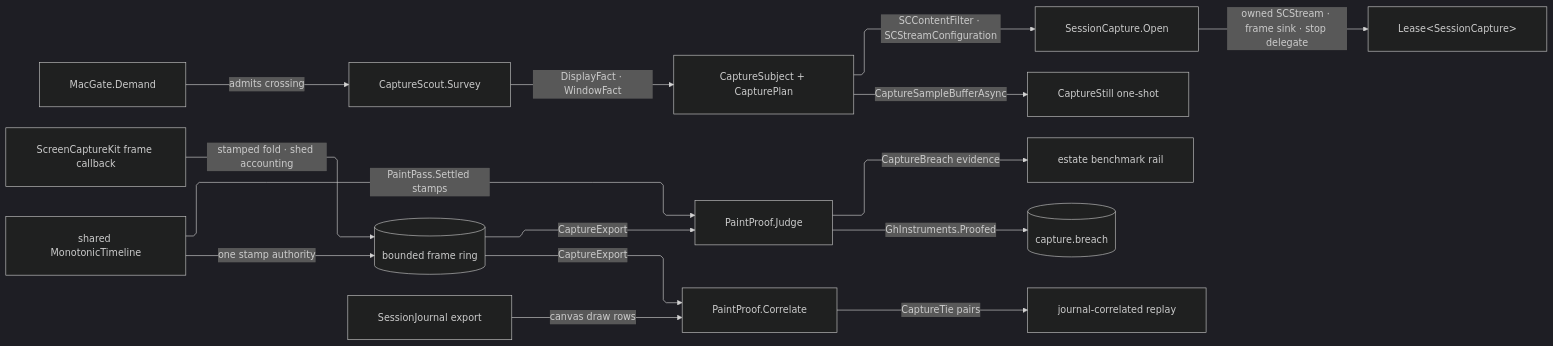
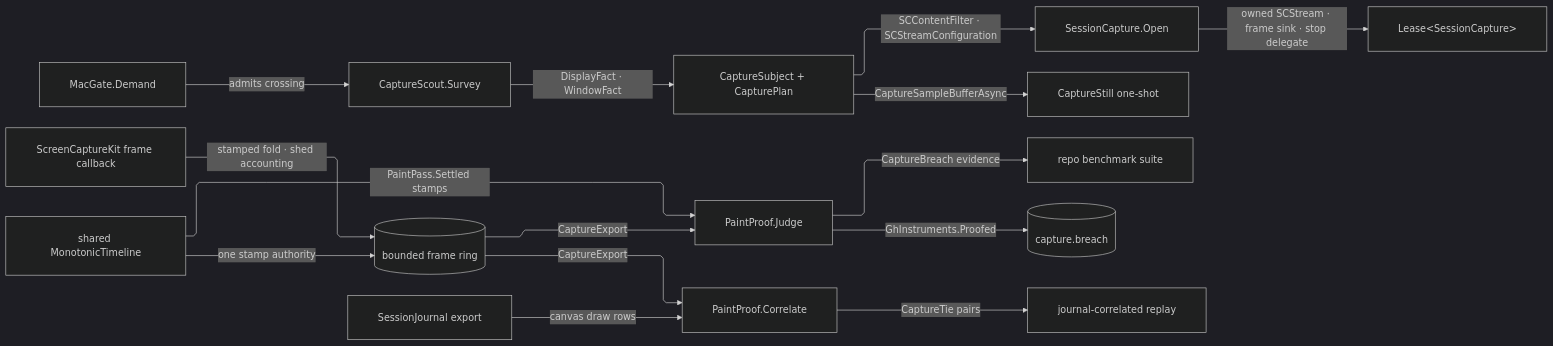
One commit to bsamiee/Rasm changed the diagram in libs/dotnet/Rasm.Grasshopper/.planning/Platform/capture.md. Above: the diagram before and after it, drawn with Mermaid (dark theme). The commit also changed other lines of this file and 1997 other files, not shown here.

````diff
--- a/libs/dotnet/Rasm.Grasshopper/.planning/Platform/capture.md
+++ b/libs/dotnet/Rasm.Grasshopper/.planning/Platform/capture.md
@@ -612,26 +610,26 @@
 ```mermaid
 ---
 config:
   layout: elk
   flowchart:
     curve: linear
     padding: 25
 ---
 flowchart LR
     accTitle: Lease native canvas capture and prove paint claims
     accDescr: The macOS gate admits a surveyed display or window target; a leased ScreenCaptureKit stream folds delivered frames into a stamped bounded ring, the one-shot screenshot rides the same filter and raster kernel, and the export feeds the paint-regression judgment and the journal correlation over one shared monotonic timeline.
     Gate["MacGate.Demand"] -->|"admits crossing"| Scout["CaptureScout.Survey"]
     Scout -->|"DisplayFact · WindowFact"| Target["CaptureSubject + CapturePlan"]
     Target -->|"SCContentFilter · SCStreamConfiguration"| Session["SessionCapture.Open"]
     Session -->|"owned SCStream · frame sink · stop delegate"| Lease["Lease&lt;SessionCapture&gt;"]
     Stream["ScreenCaptureKit frame callback"] -->|"stamped fold · shed accounting"| Ring[("bounded frame ring")]
     Target -->|"CaptureSampleBufferAsync"| Still["CaptureStill one-shot"]
     Timeline["shared MonotonicTimeline"] -->|"one stamp authority"| Ring
     Timeline -->|"PaintPass.Settled stamps"| Proof["PaintProof.Judge"]
     Ring -->|"CaptureExport"| Proof
     Ring -->|"CaptureExport"| Tie["PaintProof.Correlate"]
     Journal["SessionJournal export"] -->|"canvas draw rows"| Tie
-    Proof -->|"CaptureBreach evidence"| Regression["estate benchmark rail"]
+    Proof -->|"CaptureBreach evidence"| Regression["repo benchmark suite"]
     Proof -->|"GhInstruments.Proofed"| Meter[("capture.breach")]
     Tie -->|"CaptureTie pairs"| Replay["journal-correlated replay"]
 ```
````
